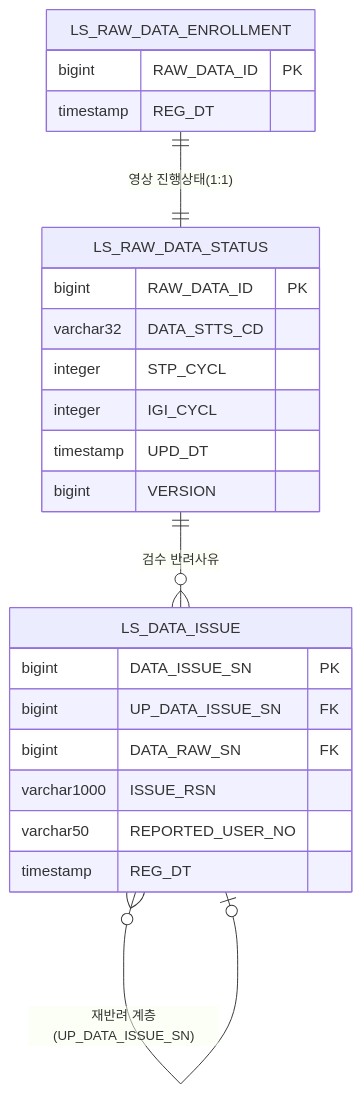
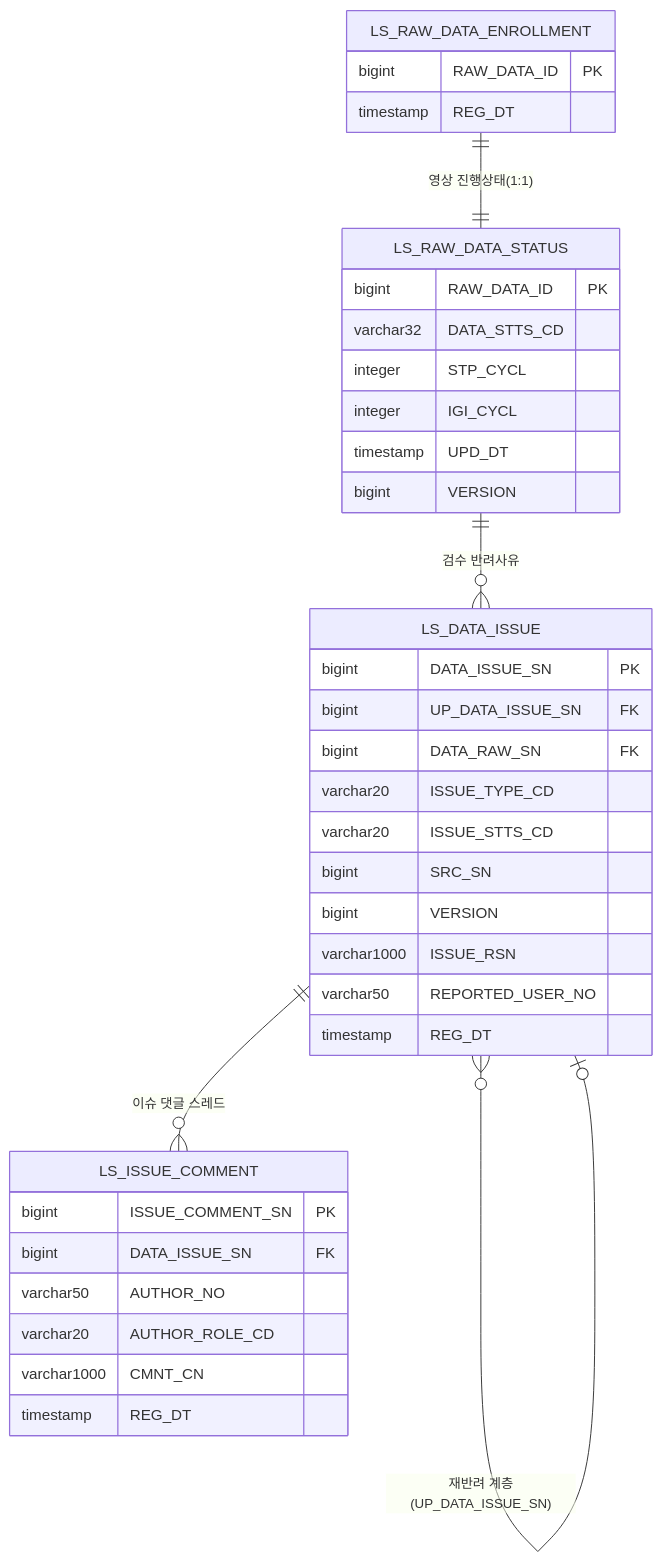
One commit to New-stella/klid-label changed the sixth of 13 diagrams in docs/design/D8-엔티티관계모형설계서.md. Above: the diagram before and after it, drawn with Mermaid. The commit also changed other lines of this file and 1 other file, not shown here.

````diff
--- a/docs/design/D8-엔티티관계모형설계서.md
+++ b/docs/design/D8-엔티티관계모형설계서.md
@@ -339,27 +337,41 @@
 ```mermaid
 erDiagram
     LS_RAW_DATA_ENROLLMENT {
         bigint RAW_DATA_ID PK
         timestamp REG_DT
     }
     LS_RAW_DATA_STATUS {
         bigint RAW_DATA_ID PK
         varchar32 DATA_STTS_CD
         integer STP_CYCL
         integer IGI_CYCL
         timestamp UPD_DT
         bigint VERSION
     }
     LS_DATA_ISSUE {
         bigint DATA_ISSUE_SN PK
         bigint UP_DATA_ISSUE_SN FK
         bigint DATA_RAW_SN FK
+        varchar20 ISSUE_TYPE_CD
+        varchar20 ISSUE_STTS_CD
+        bigint SRC_SN
+        bigint VERSION
         varchar1000 ISSUE_RSN
         varchar50 REPORTED_USER_NO
+        timestamp REG_DT
+    }
+
+    LS_ISSUE_COMMENT {
+        bigint ISSUE_COMMENT_SN PK
+        bigint DATA_ISSUE_SN FK
+        varchar50 AUTHOR_NO
+        varchar20 AUTHOR_ROLE_CD
+        varchar1000 CMNT_CN
         timestamp REG_DT
     }
 
     LS_RAW_DATA_ENROLLMENT ||--|| LS_RAW_DATA_STATUS : "영상 진행상태(1:1)"
     LS_RAW_DATA_STATUS ||--o{ LS_DATA_ISSUE : "검수 반려사유"
     LS_DATA_ISSUE }o--o| LS_DATA_ISSUE : "재반려 계층(UP_DATA_ISSUE_SN)"
+    LS_DATA_ISSUE ||--o{ LS_ISSUE_COMMENT : "이슈 댓글 스레드"
 ```
````
